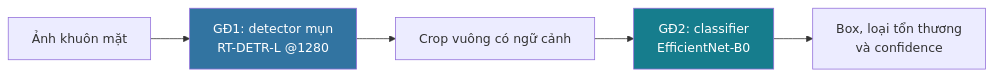
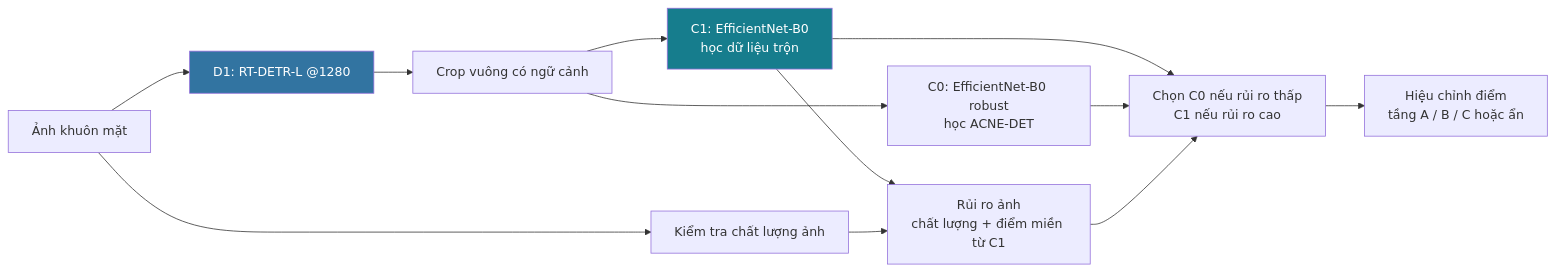
Before and after one commit to dangkhoa18052004/BinSpa_AI: the diagram in README.md, drawn with Mermaid. The commit also changed other lines of this file and 4 other files, not shown here.

````diff
--- a/README.md
+++ b/README.md
@@ -46,9 +46,16 @@
 ```mermaid
 flowchart LR
-    A["Ảnh khuôn mặt"] --> B["GĐ1: detector mụn<br/>RT-DETR-L @1280"]
+    A["Ảnh khuôn mặt"] --> B["D1: RT-DETR-L @1280"]
     B --> C["Crop vuông có ngữ cảnh"]
-    C --> D["GĐ2: classifier<br/>EfficientNet-B0"]
-    D --> F["Box, loại tổn thương<br/>và confidence"]
+    C --> D["C1: EfficientNet-B0<br/>học dữ liệu trộn"]
+    C --> E["C0: EfficientNet-B0 robust<br/>học ACNE-DET"]
+    A --> Q["Kiểm tra chất lượng ảnh"]
+    D --> R["Rủi ro ảnh<br/>chất lượng + điểm miền từ C1"]
+    Q --> R
+    D --> S["Chọn C0 nếu rủi ro thấp<br/>C1 nếu rủi ro cao"]
+    E --> S
+    R --> S
+    S --> F["Hiệu chỉnh điểm<br/>tầng A / B / C hoặc ẩn"]
     style B fill:#3274a1,color:#fff
     style D fill:#167d8d,color:#fff
 ```
````
